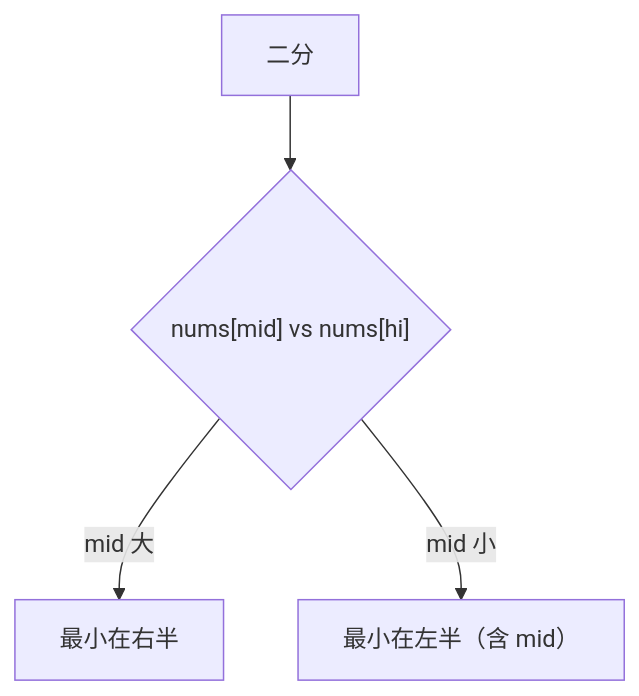
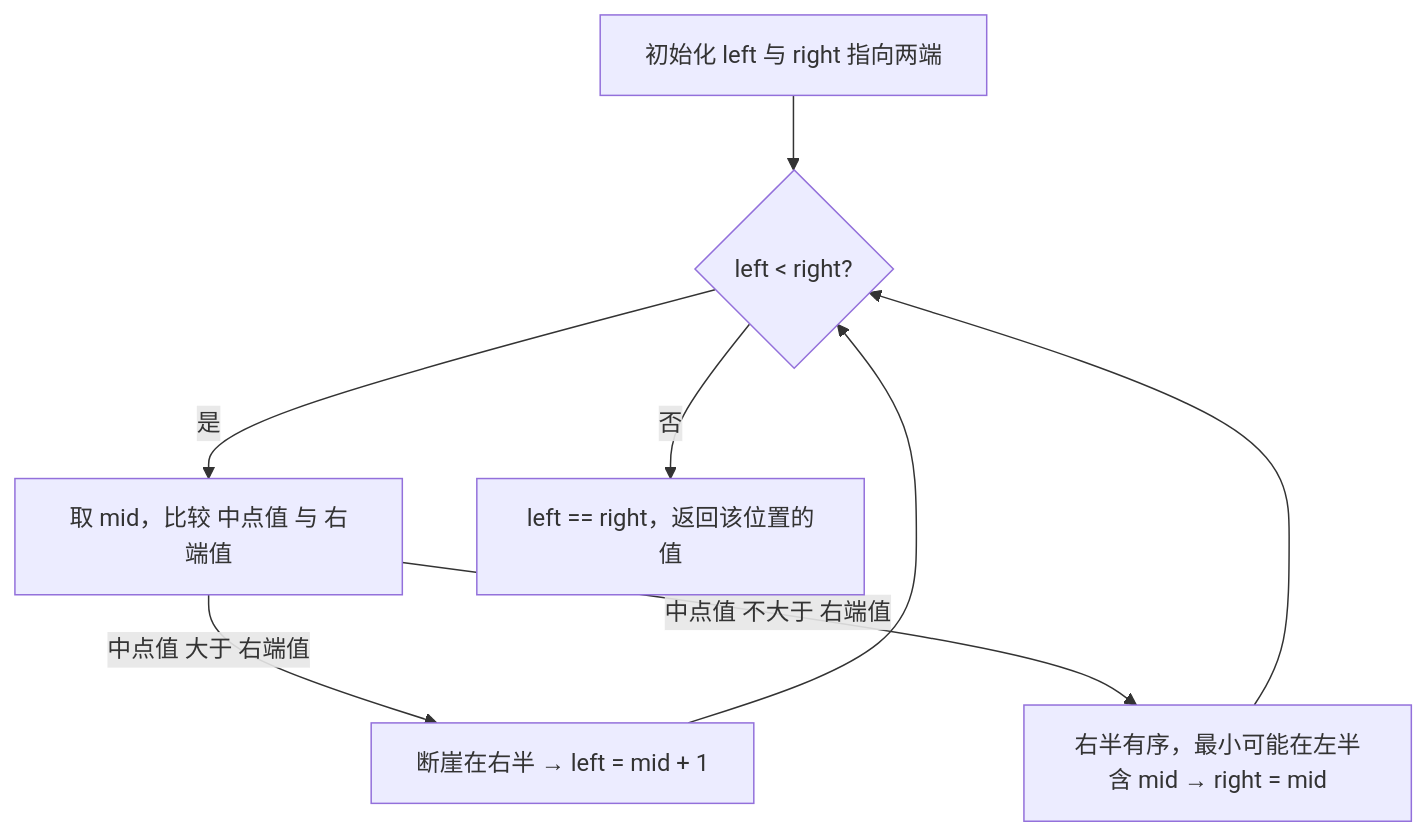
Before and after one commit to OctalZero/hot100-py: the first of 2 diagrams in 12-二分查找/0153-寻找旋转排序数组中的最小值.md, drawn with Mermaid. The commit also changed other lines of this file and 117 other files, not shown here.

First line of the commit message:
feat: 全题解配图升级为「动画式 mermaid」（总览骨架 + 横向时间线逐步推演）

````diff
--- a/12-二分查找/0153-寻找旋转排序数组中的最小值.md
+++ b/12-二分查找/0153-寻找旋转排序数组中的最小值.md
@@ -27,6 +27,10 @@
 ```mermaid
 flowchart TD
-    A["二分"] --> B{"nums[mid] vs nums[hi]"}
-    B -- "mid 大" --> C["最小在右半"]
-    B -- "mid 小" --> D["最小在左半（含 mid）"]
+    A["初始化 left 与 right 指向两端"] --> B{"left < right?"}
+    B -->|"是"| C["取 mid，比较 中点值 与 右端值"]
+    C -->|"中点值 大于 右端值"| D["断崖在右半 → left = mid + 1"]
+    C -->|"中点值 不大于 右端值"| E["右半有序，最小可能在左半含 mid → right = mid"]
+    D --> B
+    E --> B
+    B -->|"否"| F["left == right，返回该位置的值"]
 ```
````
